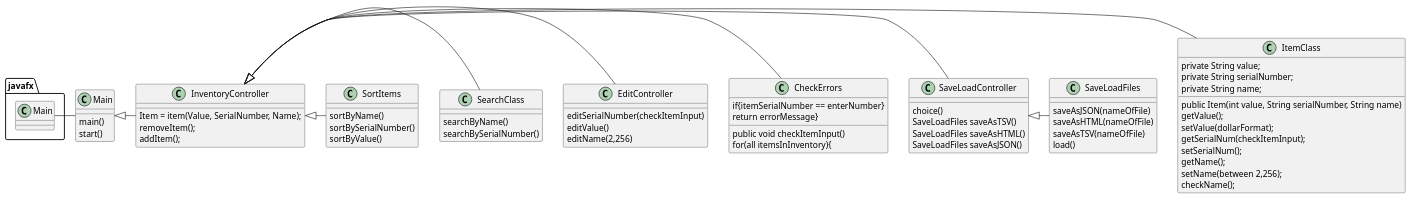
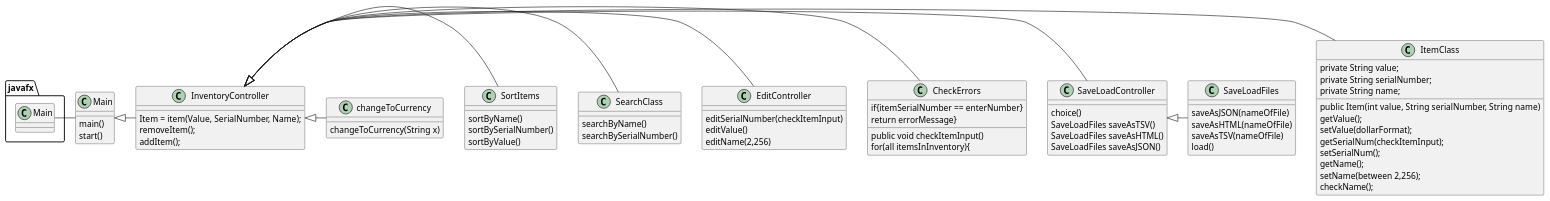
Before and after one commit to vincentv1345/verapen-6448-a5: the diagram in UML File/UML.puml, drawn with PlantUML. The commit also changed 17 other files, not shown here.

```diff
--- a/UML File/UML.puml
+++ b/UML File/UML.puml
@@ -1,66 +1,70 @@
 @startuml
 'https://plantuml.com/sequence-diagram
 class Main{
     main()
     start()
 }
 class InventoryController{
 Item = item(Value, SerialNumber, Name);
 removeItem();
 addItem();
+}
+class changeToCurrency{
+changeToCurrency(String x)
 }
 class EditController{
 editSerialNumber(checkItemInput)
 editValue()
 editName(2,256)
 }
 class ItemClass{
 private String value;
 private String serialNumber;
 private String name;
 public Item(int value, String serialNumber, String name)
 getValue();
 setValue(dollarFormat);
 getSerialNum(checkItemInput);
 setSerialNum();
 getName();
 setName(between 2,256);
 checkName();
 }
 class SearchClass{
 searchByName()
 searchBySerialNumber()
 }
 class SaveLoadController{
  choice()
  SaveLoadFiles saveAsTSV()
  SaveLoadFiles saveAsHTML()
  SaveLoadFiles saveAsJSON()
 }
 class CheckErrors{
 public void checkItemInput()
 for(all itemsInInventory){
 if{itemSerialNumber == enterNumber}
 return errorMessage}
 }
 class SortItems{
 sortByName()
 sortBySerialNumber()
 sortByValue()
 }
 class SaveLoadFiles{
 saveAsJSON(nameOfFile)
 saveAsHTML(nameOfFile)
 saveAsTSV(nameOfFile)
 load()
 }
 javafx.Main - Main
 Main <|- InventoryController
 InventoryController <|- ItemClass
 InventoryController <|- SaveLoadController
 InventoryController <|- CheckErrors
 InventoryController <|- EditController
 SaveLoadController <|- SaveLoadFiles
 InventoryController <|- SearchClass
 InventoryController <|- SortItems
+InventoryController <|- changeToCurrency
 @enduml
```
